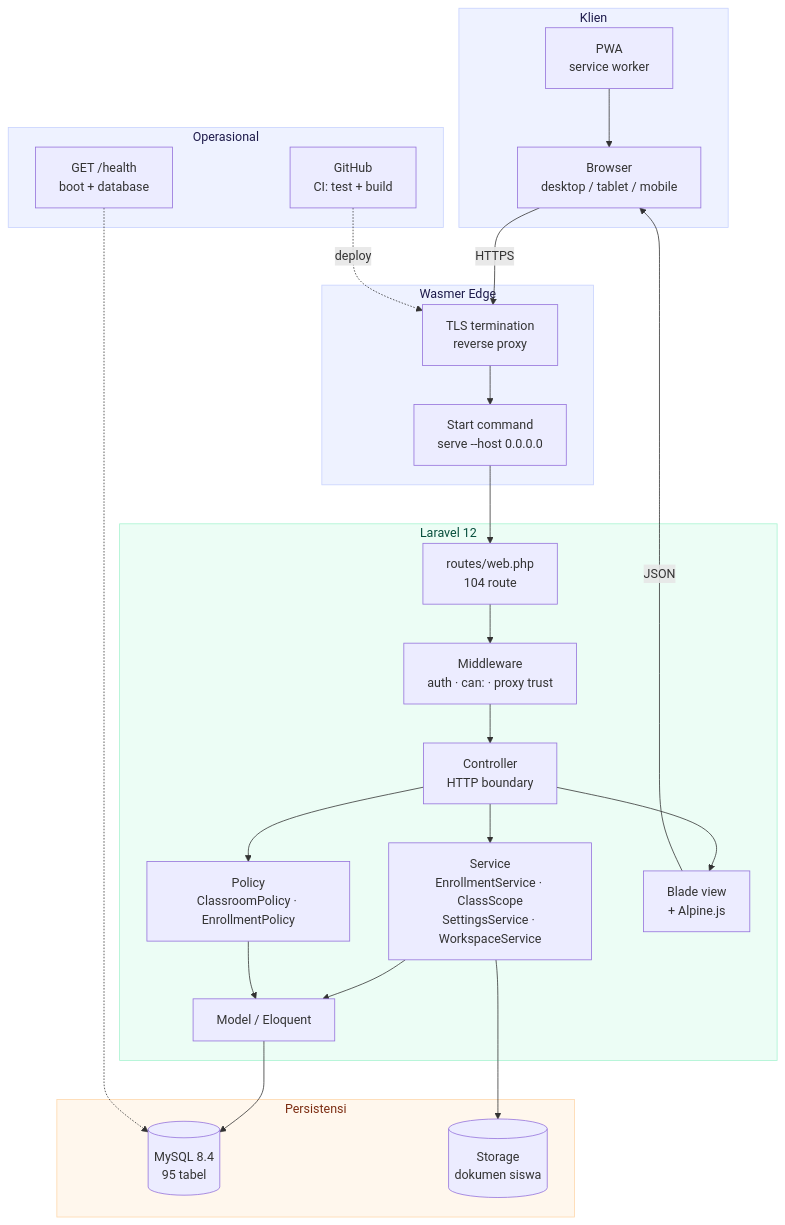
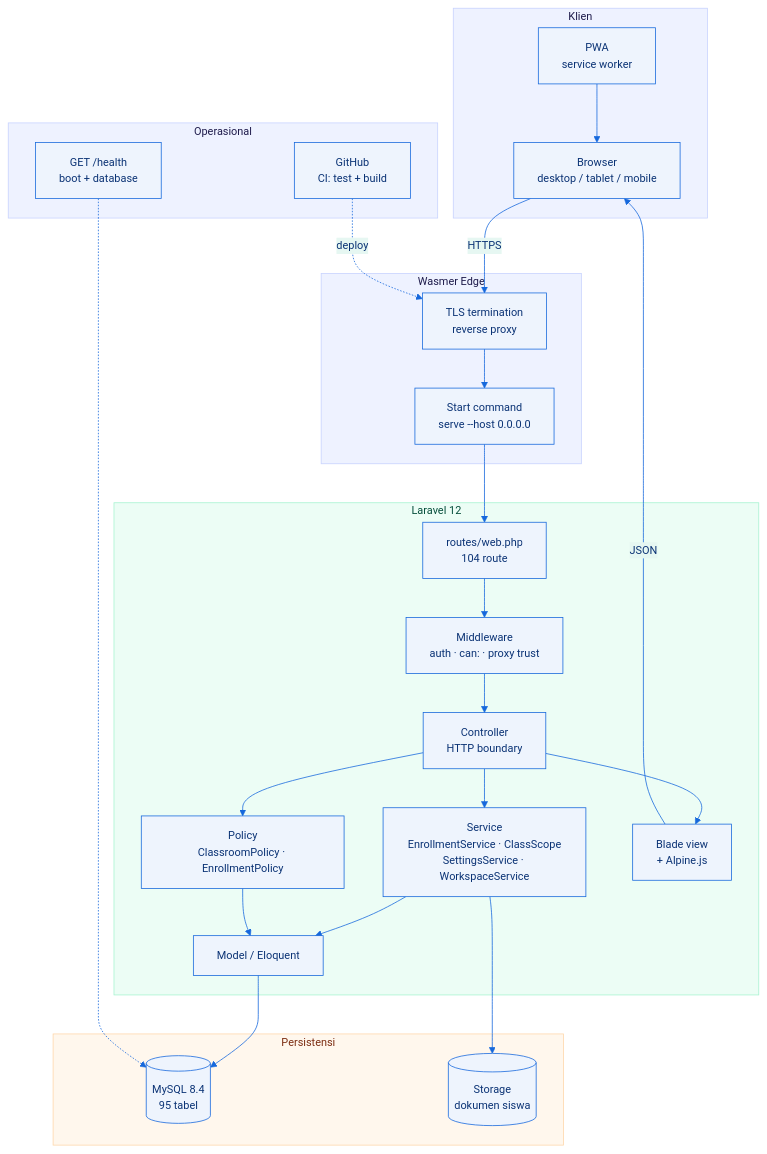
One commit to pujosety/Sistem-Informasi-Data-Siswa changed the diagram in docs/diagrams/system-architecture.mmd. Above: the diagram before and after it, drawn with Mermaid. The commit also changed 77 other files, not shown here.

```diff
--- a/docs/diagrams/system-architecture.mmd
+++ b/docs/diagrams/system-architecture.mmd
@@ -1,58 +1,65 @@
-%% System architecture — mirrors the real request path of the application.
-%% Regenerate with docs/diagrams/render.sh after changing the stack.
+%% SIDA brand theme — deep navy anchor, royal blue accent, teal for
+%% progress. Semantic meaning is preserved: success stays green,
+%% warning amber, danger red.
+%%{init: {"theme": "base", "themeVariables": {"primaryColor": "#eef4fd", "primaryTextColor": "#0b3375", "primaryBorderColor": "#1668dc", "lineColor": "#1668dc", "secondaryColor": "#e6f7f2", "tertiaryColor": "#f5f7fb", "fontFamily": "Inter, ui-sans-serif, system-ui, sans-serif", "fontSize": "14px"}}}%%
+
+%% progress. Semantic meaning is preserved: success stays green, warning
+%% amber, danger red. Only the chrome takes the brand colour.
+
+
 flowchart TB
     subgraph CLIENT [Klien]
         PWA["PWA<br/>service worker"]
         BROWSER["Browser<br/>desktop / tablet / mobile"]
     end
 
     subgraph EDGE ["Wasmer Edge"]
         TLS["TLS termination<br/>reverse proxy"]
         START["Start command<br/>serve --host 0.0.0.0"]
     end
 
     subgraph APP ["Laravel 12"]
         ROUTES["routes/web.php<br/>104 route"]
         MW["Middleware<br/>auth · can: · proxy trust"]
         CTRL["Controller<br/>HTTP boundary"]
         SVC["Service<br/>EnrollmentService · ClassScope<br/>SettingsService · WorkspaceService"]
         POL["Policy<br/>ClassroomPolicy · EnrollmentPolicy"]
         MODEL["Model / Eloquent"]
         VIEW["Blade view<br/>+ Alpine.js"]
     end
 
     subgraph DATA [Persistensi]
         MYSQL[("MySQL 8.4<br/>95 tabel")]
         STORAGE[("Storage<br/>dokumen siswa")]
     end
 
     subgraph OPS [Operasional]
         GH["GitHub<br/>CI: test + build"]
         HEALTH["GET /health<br/>boot + database"]
     end
 
     PWA --> BROWSER
     BROWSER -->|"HTTPS"| TLS
     TLS --> START
     START --> ROUTES
 
     ROUTES --> MW --> CTRL
     CTRL --> SVC
     CTRL --> POL
     SVC --> MODEL
     POL --> MODEL
     CTRL --> VIEW
     VIEW -->|"JSON"| BROWSER
 
     MODEL --> MYSQL
     SVC --> STORAGE
 
     GH -.->|"deploy"| TLS
     HEALTH -.-> MYSQL
 
     classDef ext fill:#eef2ff,stroke:#c7d2fe,color:#1e1b4b
     classDef core fill:#ecfdf5,stroke:#a7f3d0,color:#064e3b
     classDef data fill:#fff7ed,stroke:#fed7aa,color:#7c2d12
     class CLIENT,EDGE,OPS ext
     class APP core
     class DATA data
```
